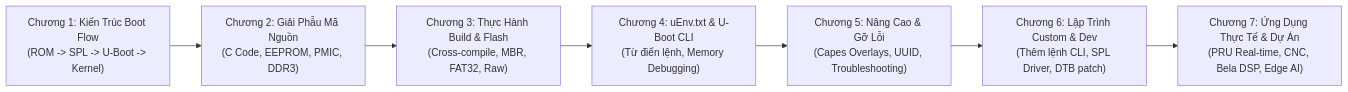
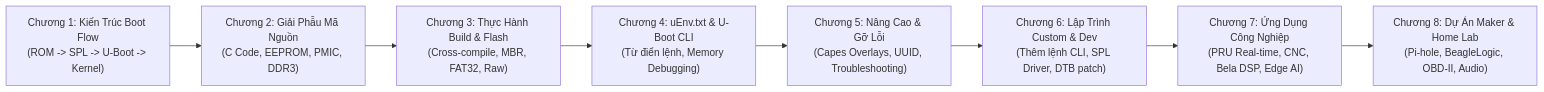
Before and after one commit to thinh1210/Obsidian: the diagram in UBoot_BeagleBone/README.md, drawn with Mermaid. The commit also changed other lines of this file and 142 other files, not shown here.

````diff
--- a/UBoot_BeagleBone/README.md
+++ b/UBoot_BeagleBone/README.md
@@ -11,9 +11,10 @@
 ```mermaid
 graph LR
     Ch1["Chương 1: Kiến Trúc Boot Flow<br>(ROM -> SPL -> U-Boot -> Kernel)"] --> Ch2["Chương 2: Giải Phẫu Mã Nguồn<br>(C Code, EEPROM, PMIC, DDR3)"]
     Ch2 --> Ch3["Chương 3: Thực Hành Build & Flash<br>(Cross-compile, MBR, FAT32, Raw)"]
     Ch3 --> Ch4["Chương 4: uEnv.txt & U-Boot CLI<br>(Từ điển lệnh, Memory Debugging)"]
     Ch4 --> Ch5["Chương 5: Nâng Cao & Gỡ Lỗi<br>(Capes Overlays, UUID, Troubleshooting)"]
     Ch5 --> Ch6["Chương 6: Lập Trình Custom & Dev<br>(Thêm lệnh CLI, SPL Driver, DTB patch)"]
-    Ch6 --> Ch7["Chương 7: Ứng Dụng Thực Tế & Dự Án<br>(PRU Real-time, CNC, Bela DSP, Edge AI)"]
+    Ch6 --> Ch7["Chương 7: Ứng Dụng Công Nghiệp<br>(PRU Real-time, CNC, Bela DSP, Edge AI)"]
+    Ch7 --> Ch8["Chương 8: Dự Án Maker & Home Lab<br>(Pi-hole, BeagleLogic, OBD-II, Audio)"]
 ```
````
